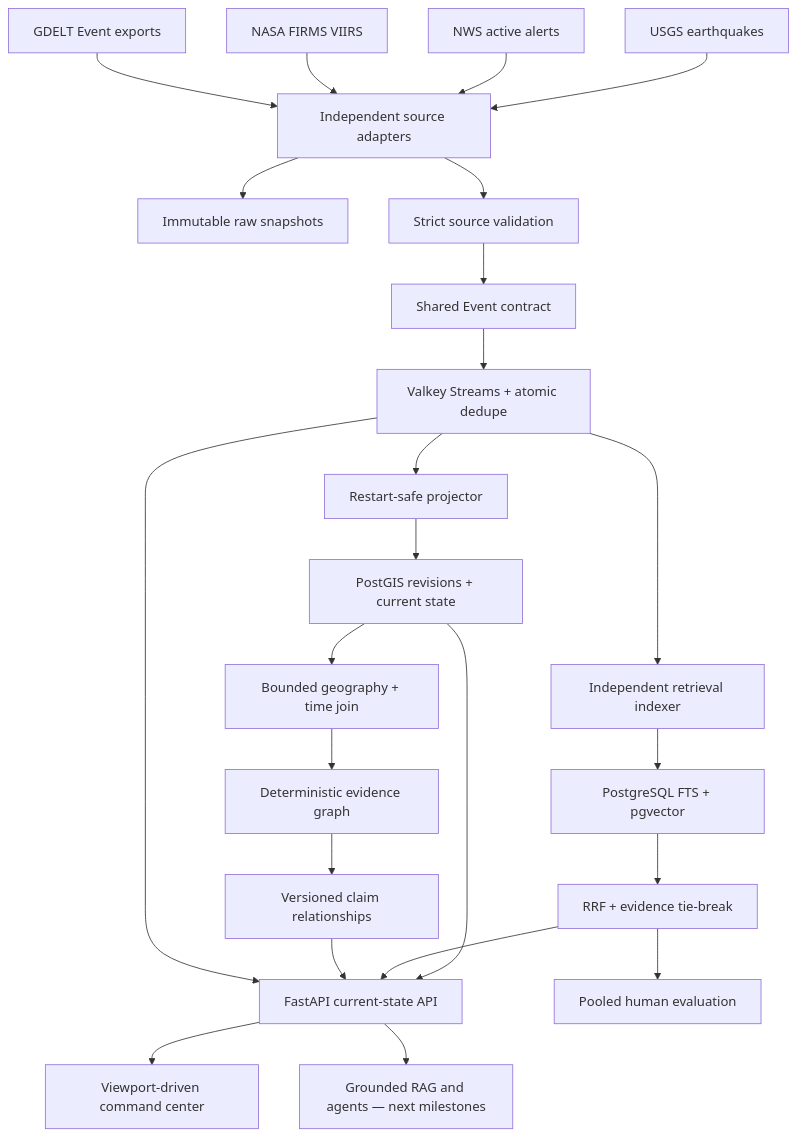
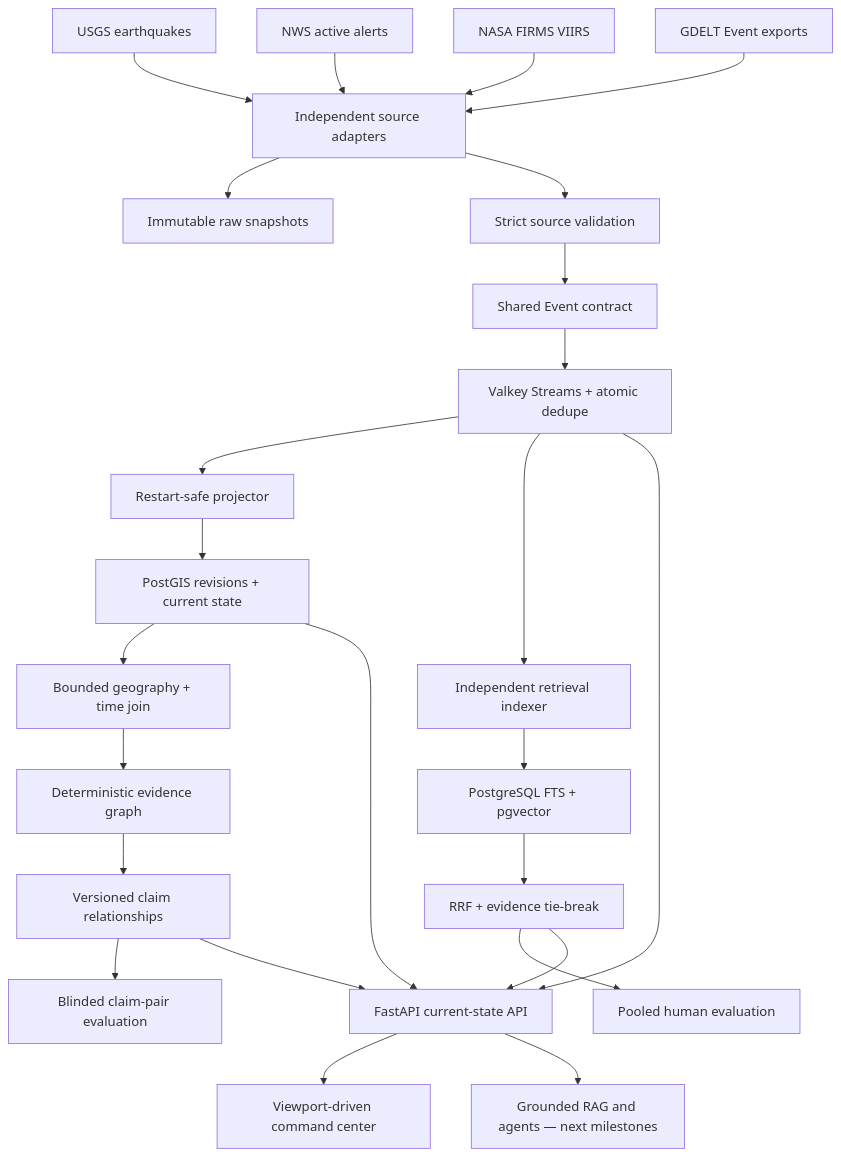
The diagram in README.md (Thivas12/atlas-pulse), drawn with Mermaid before and after one commit. The commit also changed other lines of this file and 14 other files, not shown here.

Commit message:
feat: add reviewed claim-pair evaluation (#24)

````diff
--- a/README.md
+++ b/README.md
@@ -52,26 +55,27 @@
 ```mermaid
 flowchart TD
     USGS["USGS earthquakes"] --> Adapters["Independent source adapters"]
     NWS["NWS active alerts"] --> Adapters
     FIRMS["NASA FIRMS VIIRS"] --> Adapters
     GDELT["GDELT Event exports"] --> Adapters
     Adapters --> Raw["Immutable raw snapshots"]
     Adapters --> Validate["Strict source validation"]
     Validate --> Contract["Shared Event contract"]
     Contract --> Stream["Valkey Streams + atomic dedupe"]
     Stream --> Projector["Restart-safe projector"]
     Projector --> PostGIS["PostGIS revisions + current state"]
     Stream --> Indexer["Independent retrieval indexer"]
     Indexer --> Hybrid["PostgreSQL FTS + pgvector"]
     PostGIS --> Correlate["Bounded geography + time join"]
     Correlate --> Graph["Deterministic evidence graph"]
     Graph --> Claims["Versioned claim relationships"]
+    Claims --> RelEvaluate["Blinded claim-pair evaluation"]
     PostGIS --> API["FastAPI current-state API"]
     Hybrid --> Search["RRF + evidence tie-break"]
     Search --> Evaluate["Pooled human evaluation"]
     Search --> API
     Claims --> API
     Stream --> API
     API --> Web["Viewport-driven command center"]
     API --> Agents["Grounded RAG and agents — next milestones"]
 ```
````
